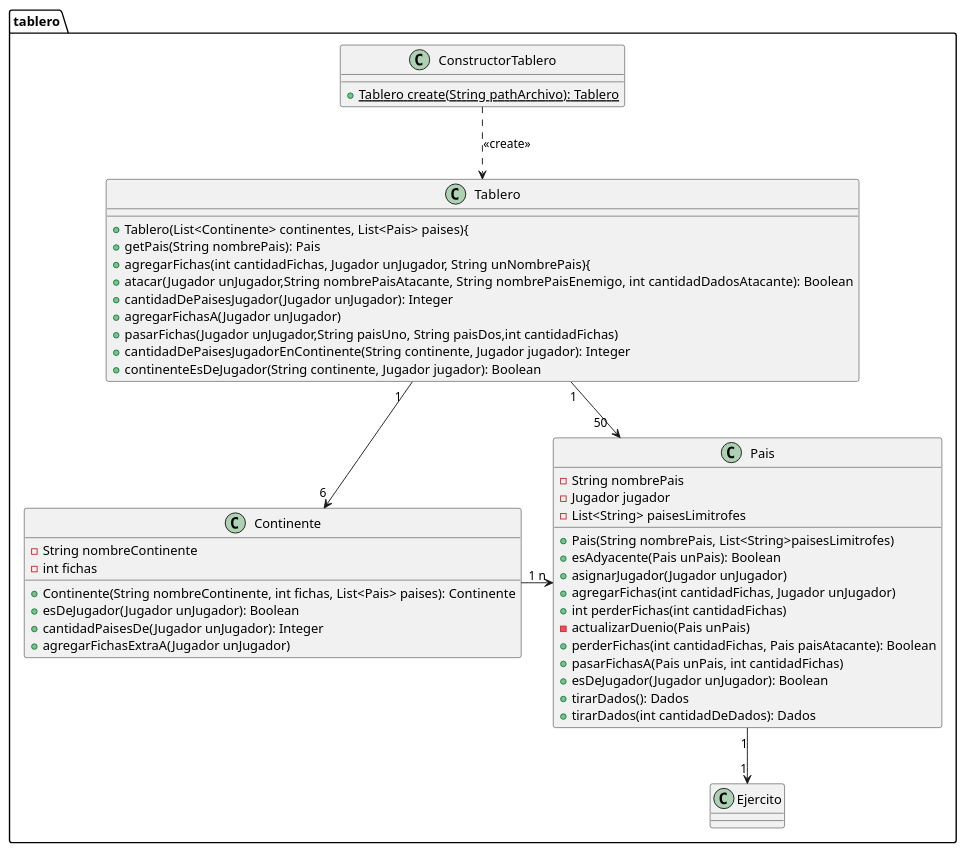
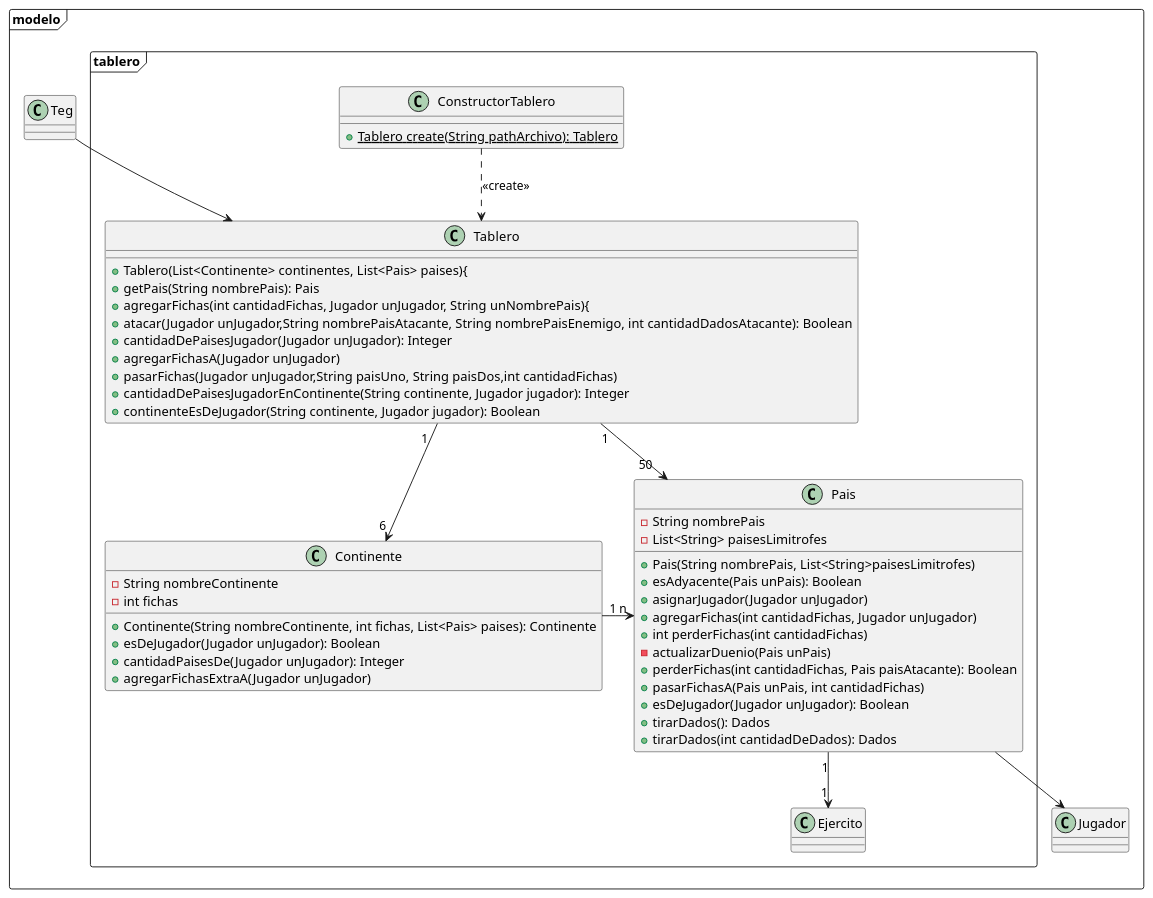
One commit to mpata2000/Algo3-TP2-TEG changed the diagram in docs/Diagramas/Codigo/clase_package_tablero.puml. Above: the diagram before and after it, drawn with PlantUML. The commit also changed 4 other files, not shown here.

```diff
--- a/docs/Diagramas/Codigo/clase_package_tablero.puml
+++ b/docs/Diagramas/Codigo/clase_package_tablero.puml
@@ -1,61 +1,66 @@
 @startuml
 'https://plantuml.com/class-diagram
 
-package tablero{
-
-class Tablero{
-    + Tablero(List<Continente> continentes, List<Pais> paises){
-    + getPais(String nombrePais): Pais
-    + agregarFichas(int cantidadFichas, Jugador unJugador, String unNombrePais){
-    + atacar(Jugador unJugador,String nombrePaisAtacante, String nombrePaisEnemigo, int cantidadDadosAtacante): Boolean
-    + cantidadDePaisesJugador(Jugador unJugador): Integer
-    + agregarFichasA(Jugador unJugador)
-    + pasarFichas(Jugador unJugador,String paisUno, String paisDos,int cantidadFichas)
-    + cantidadDePaisesJugadorEnContinente(String continente, Jugador jugador): Integer
-    + continenteEsDeJugador(String continente, Jugador jugador): Boolean
-}
-
-class ConstructorTablero{
-    + {static} Tablero create(String pathArchivo): Tablero
-}
-
-class Continente{
-    - String nombreContinente
-    - int fichas
-
-    + Continente(String nombreContinente, int fichas, List<Pais> paises): Continente
-    + esDeJugador(Jugador unJugador): Boolean
-    + cantidadPaisesDe(Jugador unJugador): Integer
-    + agregarFichasExtraA(Jugador unJugador)
-}
-
-class Pais{
-    - String nombrePais
-    - Jugador jugador
-    - List<String> paisesLimitrofes
-
-    + Pais(String nombrePais, List<String>paisesLimitrofes)
-    + esAdyacente(Pais unPais): Boolean
-    + asignarJugador(Jugador unJugador)
-    + agregarFichas(int cantidadFichas, Jugador unJugador)
-    + int perderFichas(int cantidadFichas)
-    - actualizarDuenio(Pais unPais)
-    + perderFichas(int cantidadFichas, Pais paisAtacante): Boolean
-    + pasarFichasA(Pais unPais, int cantidadFichas)
-    + esDeJugador(Jugador unJugador): Boolean
-    + tirarDados(): Dados
-    + tirarDados(int cantidadDeDados): Dados
-}
-
-class Ejercito{}
+package modelo <<frame>>{
 
 
-Tablero"1  " --> "6 "Continente
-Tablero"    1" --> "50  " Pais
-Continente"1" -right-> "n"Pais
-Pais "1" -down-> "1" Ejercito
-ConstructorTablero ..> Tablero: <<create>>
+    package tablero <<frame>>{
 
+    class Tablero{
+        + Tablero(List<Continente> continentes, List<Pais> paises){
+        + getPais(String nombrePais): Pais
+        + agregarFichas(int cantidadFichas, Jugador unJugador, String unNombrePais){
+        + atacar(Jugador unJugador,String nombrePaisAtacante, String nombrePaisEnemigo, int cantidadDadosAtacante): Boolean
+        + cantidadDePaisesJugador(Jugador unJugador): Integer
+        + agregarFichasA(Jugador unJugador)
+        + pasarFichas(Jugador unJugador,String paisUno, String paisDos,int cantidadFichas)
+        + cantidadDePaisesJugadorEnContinente(String continente, Jugador jugador): Integer
+        + continenteEsDeJugador(String continente, Jugador jugador): Boolean
+    }
+
+    class ConstructorTablero{
+        + {static} Tablero create(String pathArchivo): Tablero
+    }
+
+    class Continente{
+        - String nombreContinente
+        - int fichas
+
+        + Continente(String nombreContinente, int fichas, List<Pais> paises): Continente
+        + esDeJugador(Jugador unJugador): Boolean
+        + cantidadPaisesDe(Jugador unJugador): Integer
+        + agregarFichasExtraA(Jugador unJugador)
+    }
+
+    class Pais{
+        - String nombrePais
+        - List<String> paisesLimitrofes
+
+        + Pais(String nombrePais, List<String>paisesLimitrofes)
+        + esAdyacente(Pais unPais): Boolean
+        + asignarJugador(Jugador unJugador)
+        + agregarFichas(int cantidadFichas, Jugador unJugador)
+        + int perderFichas(int cantidadFichas)
+        - actualizarDuenio(Pais unPais)
+        + perderFichas(int cantidadFichas, Pais paisAtacante): Boolean
+        + pasarFichasA(Pais unPais, int cantidadFichas)
+        + esDeJugador(Jugador unJugador): Boolean
+        + tirarDados(): Dados
+        + tirarDados(int cantidadDeDados): Dados
+    }
+
+    class Ejercito{}
+
+
+    Tablero"1  " --> "6 "Continente
+    Tablero"    1" --> "50  " Pais
+    Continente"1" -right-> "n"Pais
+    Pais "1" -down-> "1" Ejercito
+    ConstructorTablero ..> Tablero: <<create>>
+
+    }
+
+    Pais --> Jugador
+    Teg --> Tablero
 }
-
 @enduml
```
